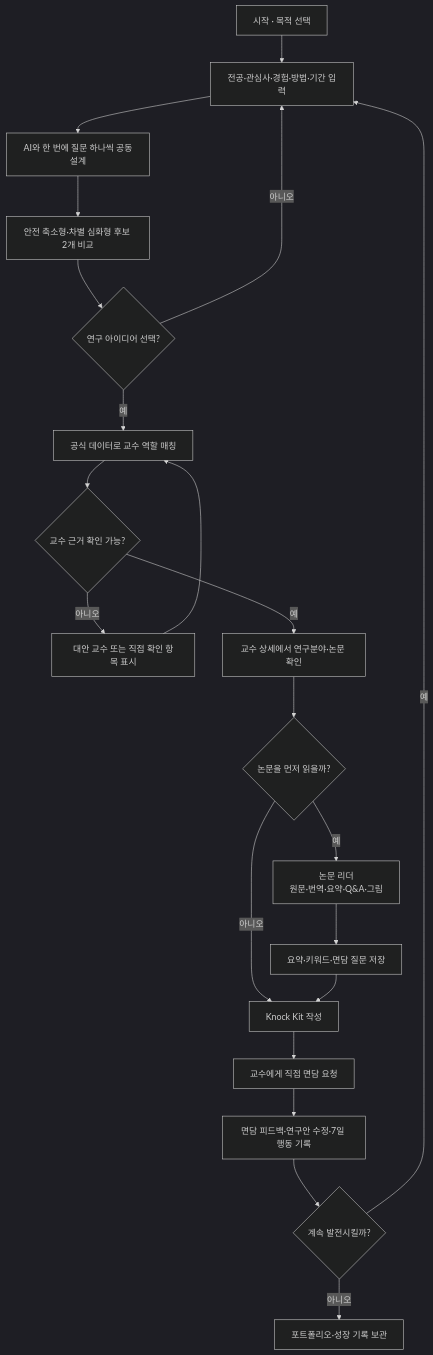
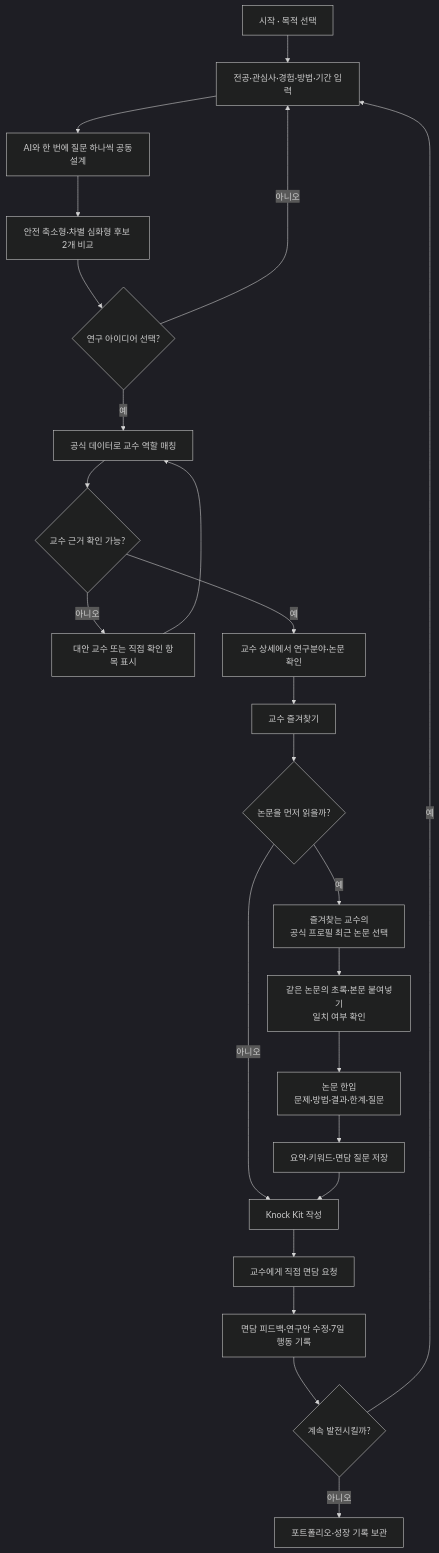
The second of 3 diagrams in docs/SERVICE_FLOW.md (Suya020504/MajorEvolutionHomepage-demo-private), drawn with Mermaid (dark theme) before and after one commit. The commit also changed other lines of this file and 2 other files, not shown here.

````diff
--- a/docs/SERVICE_FLOW.md
+++ b/docs/SERVICE_FLOW.md
@@ -49,23 +50,26 @@
 ```mermaid
 flowchart TD
     S["시작 · 목적 선택"] --> R["전공·관심사·경험·방법·기간 입력"]
     R --> Q["AI와 한 번에 질문 하나씩 공동설계"]
     Q --> I["안전 축소형·차별 심화형 후보 2개 비교"]
     I --> P{"연구 아이디어 선택?"}
     P -->|아니오| R
     P -->|예| M["공식 데이터로 교수 역할 매칭"]
     M --> V{"교수 근거 확인 가능?"}
     V -->|아니오| ALT["대안 교수 또는 직접 확인 항목 표시"]
     ALT --> M
     V -->|예| D["교수 상세에서 연구분야·논문 확인"]
-    D --> READ{"논문을 먼저 읽을까?"}
-    READ -->|예| PR["논문 리더<br/>원문·번역·요약·Q&A·그림"]
+    D --> STAR["교수 즐겨찾기"]
+    STAR --> READ{"논문을 먼저 읽을까?"}
+    READ -->|예| PICK["즐겨찾는 교수의<br/>공식 프로필 최근 논문 선택"]
+    PICK --> TEXT["같은 논문의 초록·본문 붙여넣기<br/>일치 여부 확인"]
+    TEXT --> PR["논문 한입<br/>문제·방법·결과·한계·질문"]
     READ -->|아니오| K["Knock Kit 작성"]
     PR --> SAVE["요약·키워드·면담 질문 저장"]
     SAVE --> K
     K --> MEET["교수에게 직접 면담 요청"]
     MEET --> LOOP["면담 피드백·연구안 수정·7일 행동 기록"]
     LOOP --> NEXT{"계속 발전시킬까?"}
     NEXT -->|예| R
     NEXT -->|아니오| PORT["포트폴리오·성장 기록 보관"]
 ```
````
